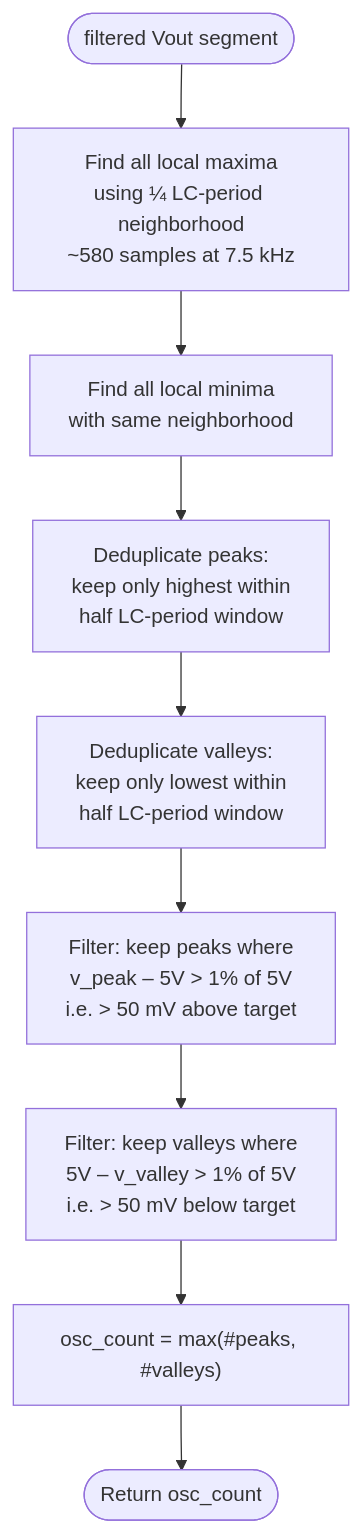
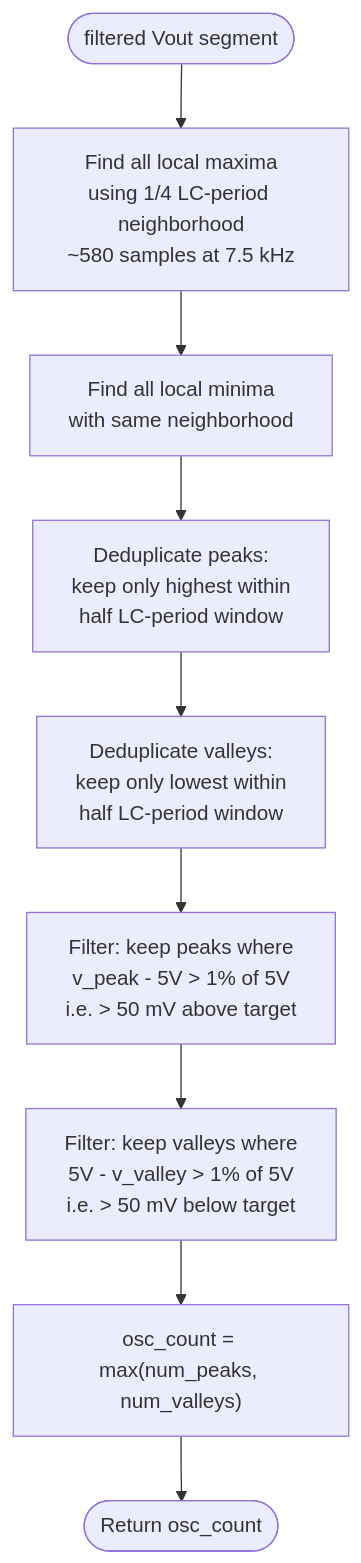
Before and after one commit to mianliao2000/plecs-pid-autotuner: the fourth of 5 diagrams in README.md, drawn with Mermaid. The commit also changed other lines of this file, not shown here.

Commit message:
Fix Mermaid flowcharts: replace Unicode symbols with plain ASCII

````diff
--- a/README.md
+++ b/README.md
@@ -245,11 +244,11 @@
 ```mermaid
 flowchart TD
-    A([filtered Vout segment]) --> B[Find all local maxima\nusing ¼ LC-period neighborhood\n~580 samples at 7.5 kHz]
-    B --> C[Find all local minima\nwith same neighborhood]
-    C --> D[Deduplicate peaks:\nkeep only highest within\nhalf LC-period window]
-    D --> E[Deduplicate valleys:\nkeep only lowest within\nhalf LC-period window]
-    E --> F[Filter: keep peaks where\nv_peak – 5V > 1% of 5V\ni.e. > 50 mV above target]
-    F --> G[Filter: keep valleys where\n5V – v_valley > 1% of 5V\ni.e. > 50 mV below target]
-    G --> H["osc_count = max(#peaks, #valleys)"]
+    A([filtered Vout segment]) --> B["Find all local maxima\nusing 1/4 LC-period neighborhood\n~580 samples at 7.5 kHz"]
+    B --> C["Find all local minima\nwith same neighborhood"]
+    C --> D["Deduplicate peaks:\nkeep only highest within\nhalf LC-period window"]
+    D --> E["Deduplicate valleys:\nkeep only lowest within\nhalf LC-period window"]
+    E --> F["Filter: keep peaks where\nv_peak - 5V > 1% of 5V\ni.e. > 50 mV above target"]
+    F --> G["Filter: keep valleys where\n5V - v_valley > 1% of 5V\ni.e. > 50 mV below target"]
+    G --> H["osc_count = max(num_peaks, num_valleys)"]
     H --> I([Return osc_count])
 ```
````
